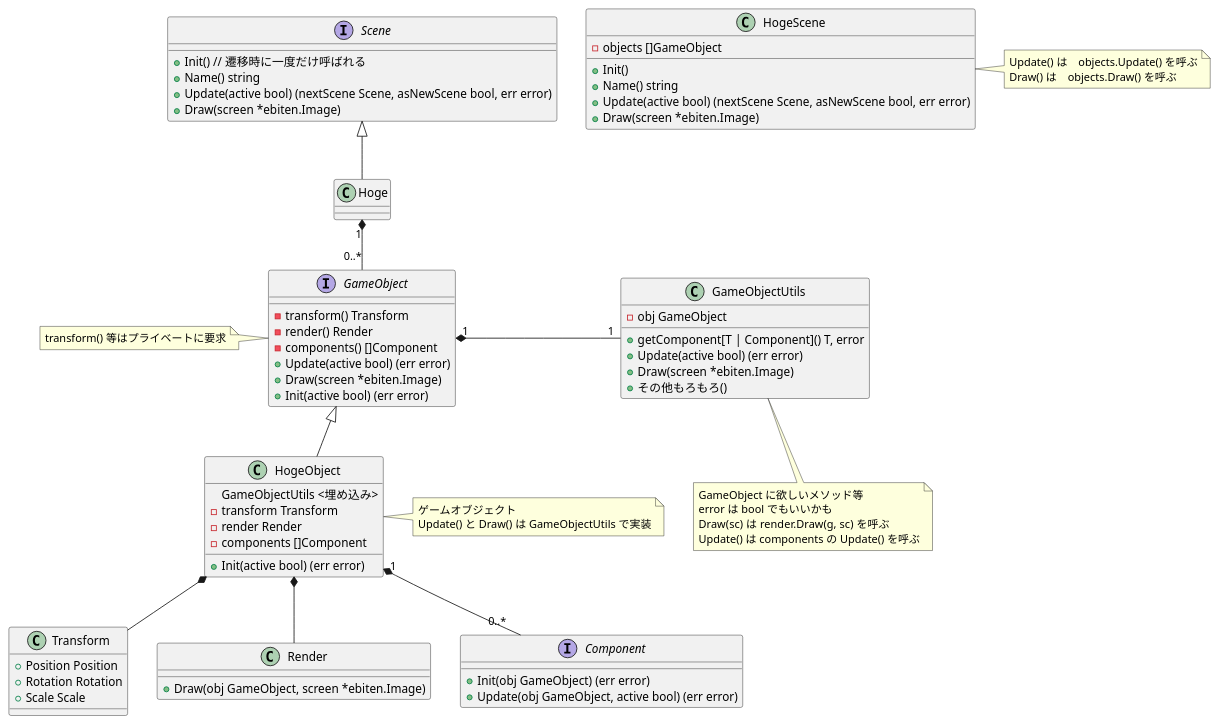
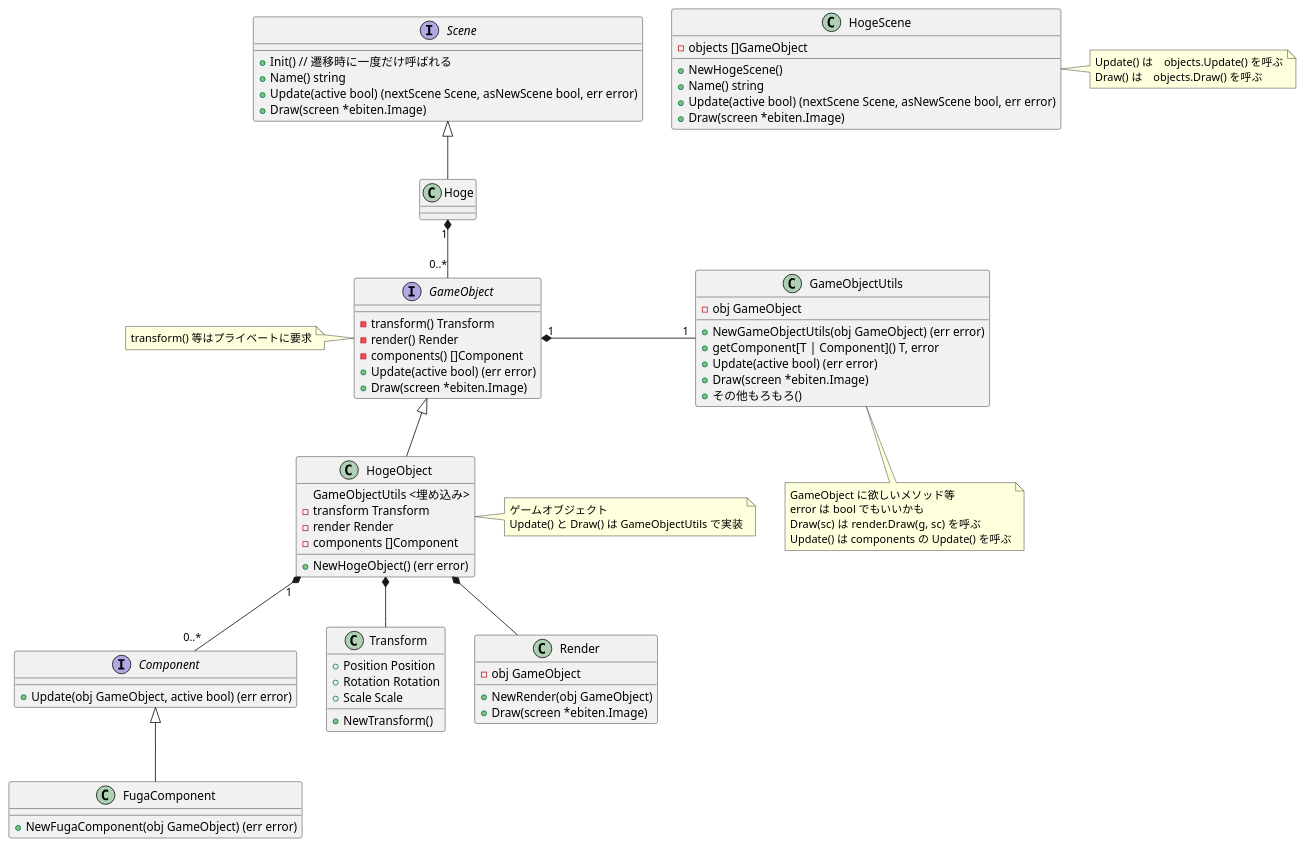
The diagram in Docs/Scene_class_diagram.puml (kmc-jp/Gamedev_Tempura-of-p--Phenylazo-phenol), drawn with PlantUML before and after one commit.

Commit message:
init() による初期化から、コンストラクタパターンに変更
Goに入ればGoに従え

```diff
--- a/Docs/Scene_class_diagram.puml
+++ b/Docs/Scene_class_diagram.puml
@@ -1,75 +1,83 @@
 @startuml Scene_class_diagram
 
 interface Scene {
     + Init() // 遷移時に一度だけ呼ばれる
     + Name() string
     + Update(active bool) (nextScene Scene, asNewScene bool, err error)
     + Draw(screen *ebiten.Image)
 }
 
 class HogeScene {
     - objects []GameObject
-    + Init()
+    + NewHogeScene()
     + Name() string
     + Update(active bool) (nextScene Scene, asNewScene bool, err error)
     + Draw(screen *ebiten.Image)
 }
 note right of HogeScene : Update() は　objects.Update() を呼ぶ\nDraw() は　objects.Draw() を呼ぶ
 
 Hoge -up-|> Scene
 
 Hoge "1" *-- "0..*" GameObject
 
 interface GameObject {
     - transform() Transform
     - render() Render
     - components() []Component
     + Update(active bool) (err error)
     + Draw(screen *ebiten.Image)
-    + Init(active bool) (err error)
 }
 note left of GameObject : transform() 等はプライベートに要求
 
 class GameObjectUtils {
     - obj GameObject
+    + NewGameObjectUtils(obj GameObject) (err error)
     + getComponent[T | Component]() T, error
     + Update(active bool) (err error)
     + Draw(screen *ebiten.Image)
     + その他もろもろ()
 }
 note bottom of GameObjectUtils : GameObject に欲しいメソッド等\nerror は bool でもいいかも\nDraw(sc) は render.Draw(g, sc) を呼ぶ\nUpdate() は components の Update() を呼ぶ
 
 GameObject "1" *- "1" GameObjectUtils
 
 
 class HogeObject {
     GameObjectUtils <埋め込み>
     - transform Transform
     - render Render
     - components []Component
-    + Init(active bool) (err error)
+    + NewHogeObject() (err error)
 }
 note right of HogeObject : ゲームオブジェクト\nUpdate() と Draw() は GameObjectUtils で実装
 
 
 HogeObject -up-|> GameObject
 HogeObject *-- Transform
 HogeObject *-- Render
 
 HogeObject "1" *-- "0..*" Component
 
 class Transform {
     + Position Position
     + Rotation Rotation
     + Scale Scale
+    + NewTransform()
 }
 
 class Render {
-    + Draw(obj GameObject, screen *ebiten.Image)
+    - obj GameObject
+    + NewRender(obj GameObject)
+    + Draw(screen *ebiten.Image)
 }
 
 interface Component {
-    + Init(obj GameObject) (err error)
     + Update(obj GameObject, active bool) (err error)
 }
+
+class FugaComponent {
+    + NewFugaComponent(obj GameObject) (err error)
+}
+
+FugaComponent -up-|> Component
 @enduml
```
